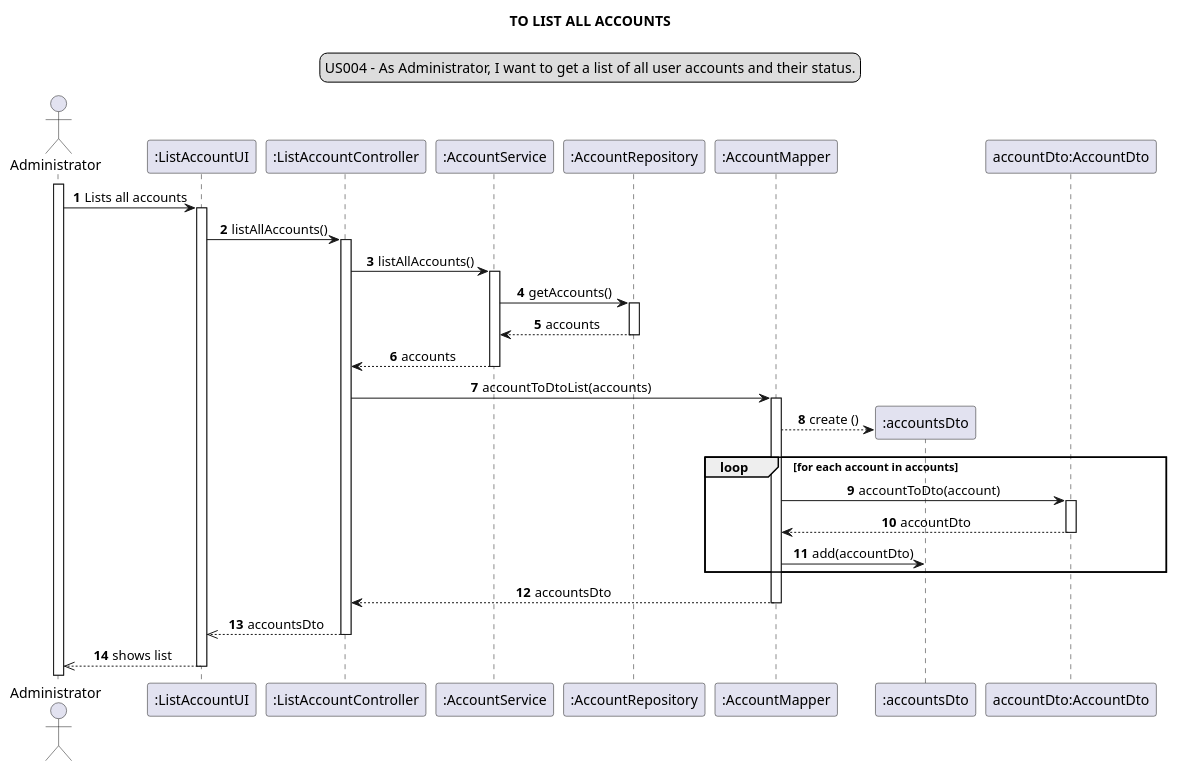
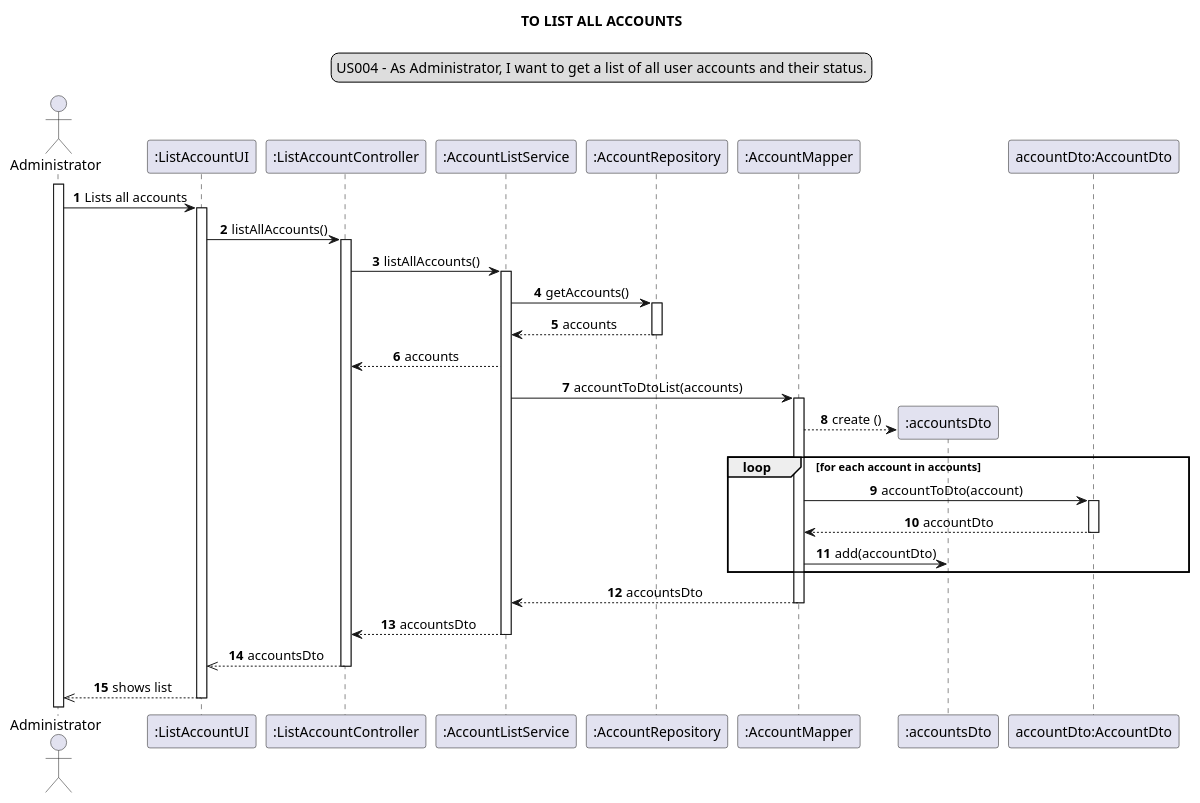
One commit to Loracline/project_switch_22-23 changed the diagram in docs/modelling_design/user_stories/sprint01/us004/US004_sequenceDiagram.puml. Above: the diagram before and after it, drawn with PlantUML. The commit also changed 2 other files, not shown here.

Commit message:
US02,4-6: Design: update of sequence diagrams. addresses #457

```diff
--- a/docs/modelling_design/user_stories/sprint01/us004/US004_sequenceDiagram.puml
+++ b/docs/modelling_design/user_stories/sprint01/us004/US004_sequenceDiagram.puml
@@ -1,53 +1,54 @@
 @startuml
 skinparam sequenceMessageAlign center
 title TO LIST ALL ACCOUNTS
 legend top
 US004 - As Administrator, I want to get a list of all user accounts and their status.
 end legend
 autonumber
 actor Administrator
 participant ":ListAccountUI" as ui
 participant ":ListAccountController" as controller
-participant ":AccountService" as Aservice
+participant ":AccountListService" as Aservice
 participant ":AccountRepository" as rep
 participant ":AccountMapper" as map
 participant ":accountsDto" as accountsDto
 participant ":accountsDto" as accountsDto
 participant "accountDto:AccountDto" as accountDto
 
 activate Administrator
 Administrator -> ui: Lists all accounts
 activate ui
 ui -> controller: listAllAccounts()
 activate controller
 controller -> Aservice: listAllAccounts()
 activate Aservice
 Aservice -> rep: getAccounts()
 activate rep
 rep --> Aservice: accounts
 deactivate rep
 Aservice --> controller: accounts
-deactivate Aservice
-controller -> map : accountToDtoList(accounts)
+Aservice -> map : accountToDtoList(accounts)
 create "accountsDto"
 activate map
 map --> accountsDto: create ()
 
 loop for each account in accounts
 map -> accountDto:  accountToDto(account)
 activate accountDto
 accountDto --> map : accountDto
 deactivate accountDto
 map -> accountsDto: add(accountDto)
 end loop
 
-map --> controller : accountsDto
+map --> Aservice : accountsDto
 deactivate map
+Aservice --> controller: accountsDto
+
 
 deactivate Aservice
 controller -->> ui: accountsDto
 deactivate controller
 ui -->>Administrator: shows list
 deactivate ui
 
 @enduml
```
